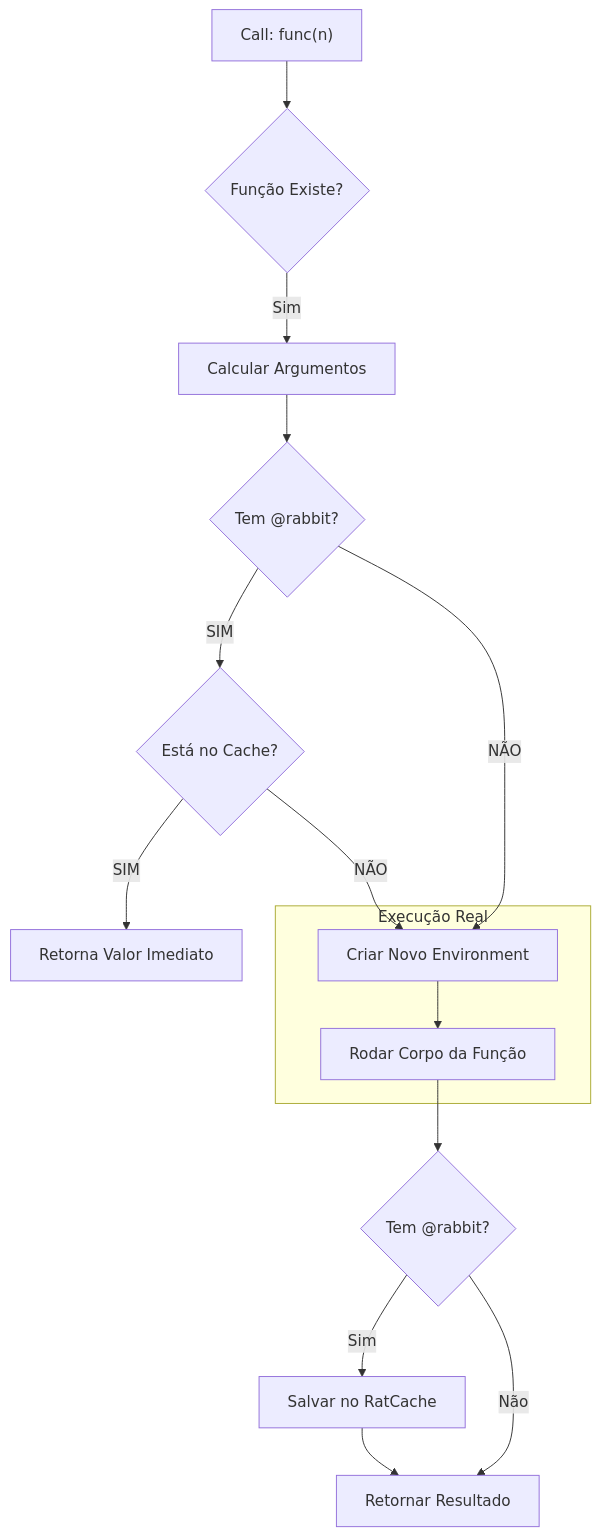
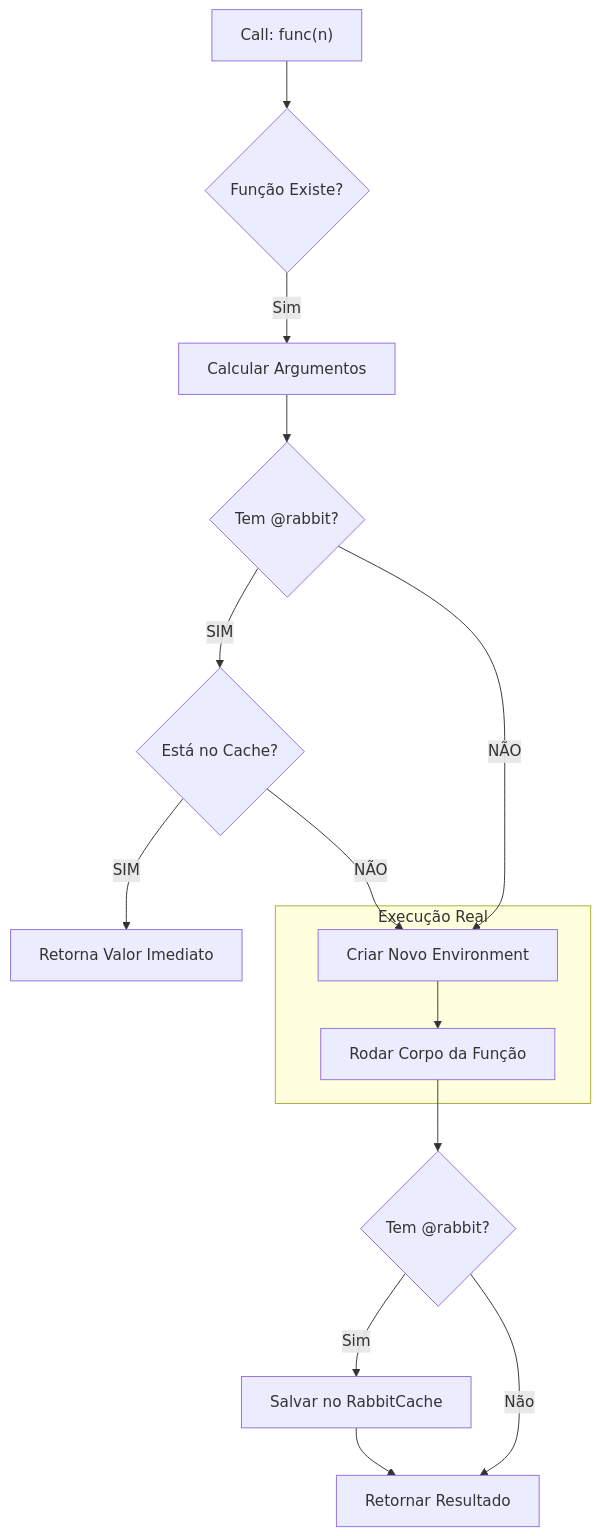
Before and after one commit to EduLoboM/OldFaith: the third of 3 diagrams in documentation/interpreter.md, drawn with Mermaid. The commit also changed other lines of this file and 1 other file, not shown here.

Commit message:
docs: 📝 adiciona visualização de atributos mermaid corretamente

````diff
--- a/documentation/interpreter.md
+++ b/documentation/interpreter.md
@@ -48,27 +48,27 @@
 ```mermaid
 graph TD
 
     Start["Call: func(n)"]:::start --> CheckFunc{Função Existe?}:::check
     CheckFunc -- Sim --> Args[Calcular Argumentos]:::calc
     
     %% O Ponto Chave
     Args --> CheckRat{Tem @rabbit?}:::check
     
-    %% Caminho do RATO
+    %% Caminho do Coelho
     CheckRat -- SIM --> CheckCache{Está no Cache?}:::cachehit
     CheckCache -- SIM --> ReturnCache[Retorna Valor Imediato]:::endnode
     
     %% Caminho Lento (Cálculo)
     CheckCache -- NÃO --> CalcReal
     CheckRat -- NÃO --> CalcReal
     
     subgraph Execution [Execução Real]
         CalcReal[Criar Novo Environment]:::calc
         CalcReal --> RunBody[Rodar Corpo da Função]:::calc
     end
     
     RunBody --> ShouldSave{Tem @rabbit?}:::check
-    ShouldSave -- Sim --> Save[Salvar no RatCache]:::save
+    ShouldSave -- Sim --> Save[Salvar no RabbitCache]:::save
     Save --> Return[Retornar Resultado]:::endnode
     ShouldSave -- Não --> Return
 ```
````
